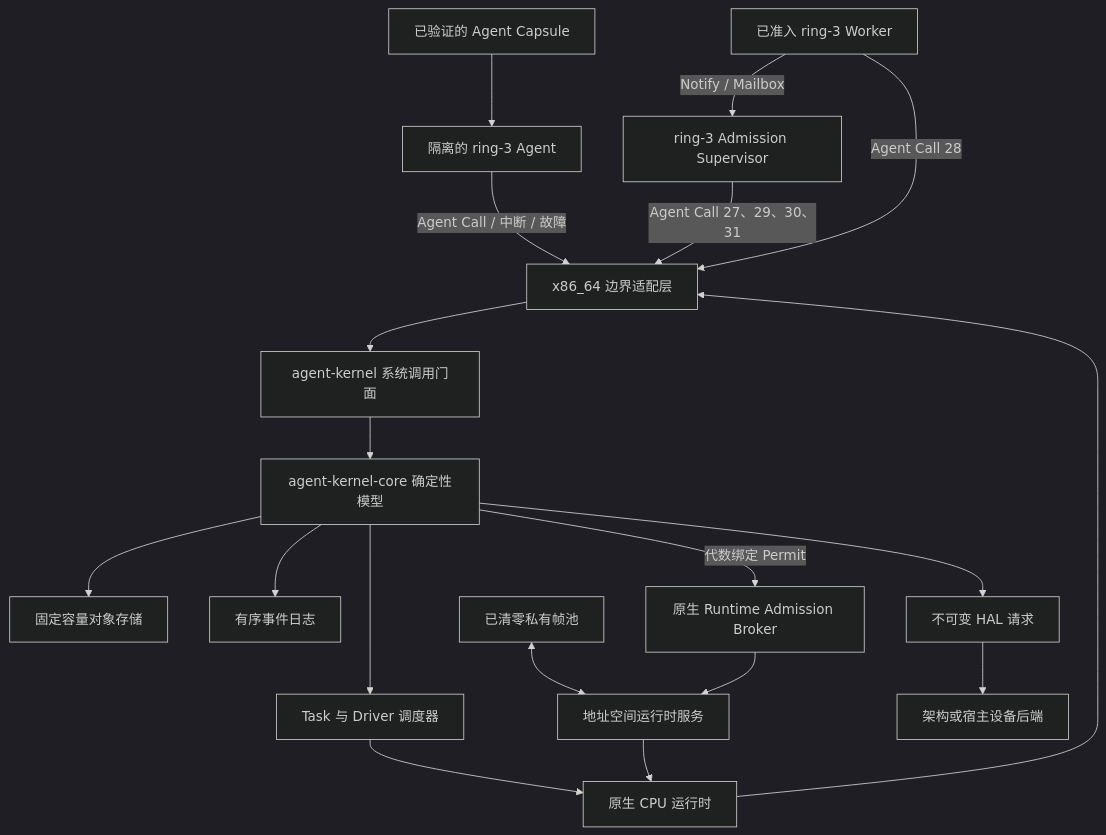
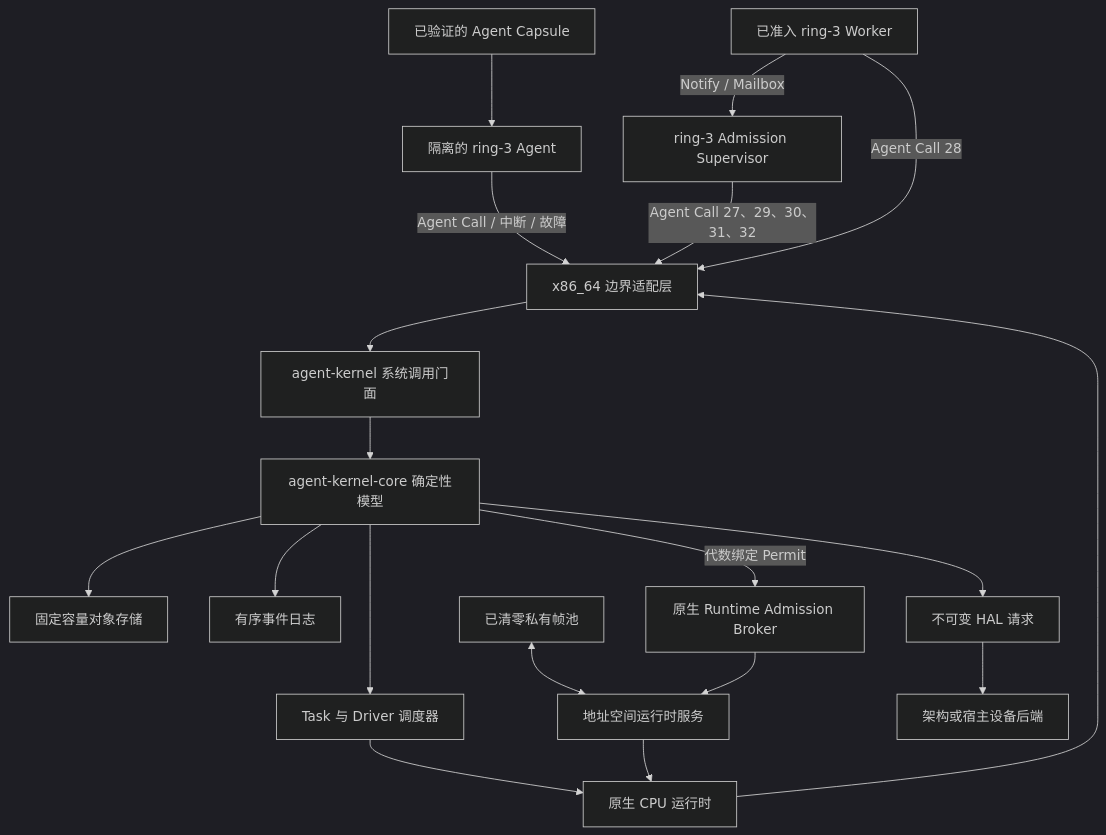
Before and after one commit to Evan-master/agent-kernel: the diagram in README.zh-CN.md, drawn with Mermaid (dark theme). The commit also changed other lines of this file and 35 other files, not shown here.

````diff
--- a/README.zh-CN.md
+++ b/README.zh-CN.md
@@ -153,21 +159,21 @@
 ```mermaid
 flowchart TB
     Capsule["已验证的 Agent Capsule"] --> Ring3["隔离的 ring-3 Agent"]
     Ring3 -->|"Agent Call / 中断 / 故障"| X86["x86_64 边界适配层"]
     X86 --> Facade["agent-kernel 系统调用门面"]
     Facade --> Core["agent-kernel-core 确定性模型"]
     Core --> Stores["固定容量对象存储"]
     Core --> Events["有序事件日志"]
     Core --> Scheduler["Task 与 Driver 调度器"]
     Scheduler --> Runtime["原生 CPU 运行时"]
     Runtime --> X86
     FramePool["已清零私有帧池"] <--> AddressService["地址空间运行时服务"]
     Broker["原生 Runtime Admission Broker"] --> AddressService
     Core -->|"代数绑定 Permit"| Broker
     AddressService --> Runtime
     Core --> HAL["不可变 HAL 请求"]
     HAL --> Device["架构或宿主设备后端"]
-    Supervisor["ring-3 Admission Supervisor"] -->|"Agent Call 27、29、30、31"| X86
+    Supervisor["ring-3 Admission Supervisor"] -->|"Agent Call 27、29、30、31、32"| X86
     Workers["已准入 ring-3 Worker"] -->|"Agent Call 28"| X86
     Workers -->|"Notify / Mailbox"| Supervisor
 ```
````
